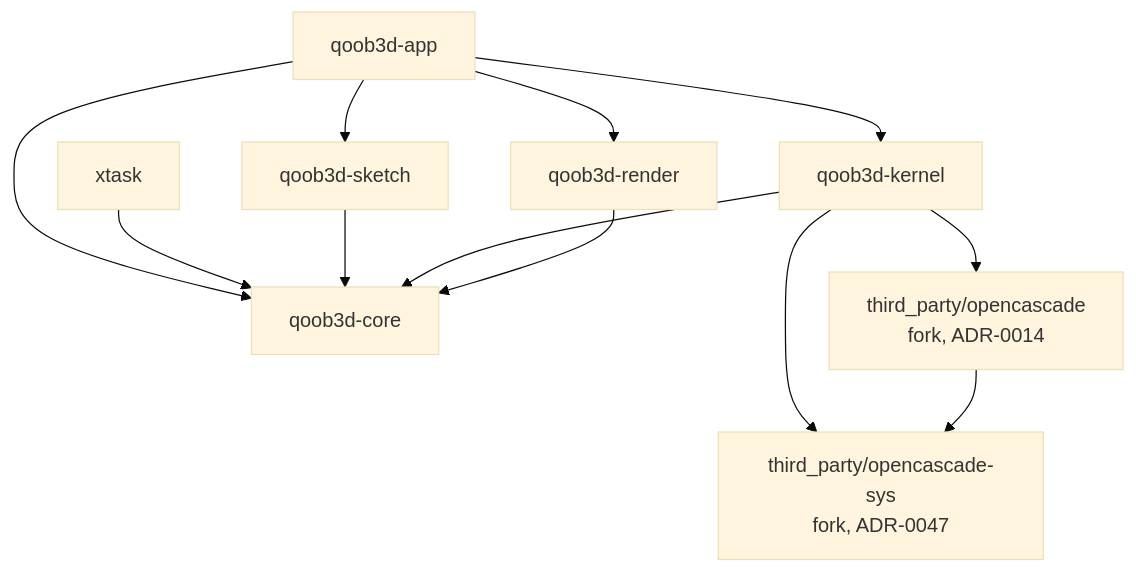
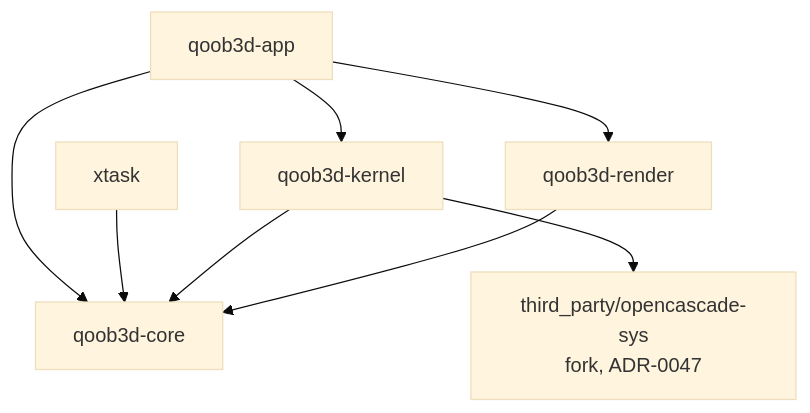
Before and after one commit to COQOON-labs/qoob3d: the second of 2 diagrams in docs/architecture.md, drawn with Mermaid (base theme). The commit also changed other lines of this file and 24 other files, not shown here.

````diff
--- a/docs/architecture.md
+++ b/docs/architecture.md
@@ -104,14 +100,10 @@
 ```mermaid
 flowchart TD
     app[qoob3d-app] --> core[qoob3d-core]
-    app --> sketch[qoob3d-sketch]
     xtask[xtask] --> core
-    sketch --> core
     app --> kernel[qoob3d-kernel]
     app --> render[qoob3d-render]
     kernel --> core
     render --> core
-    kernel --> occ[third_party/opencascade<br/>fork, ADR-0014]
     kernel --> occsys[third_party/opencascade-sys<br/>fork, ADR-0047]
-    occ --> occsys
 ```
````
